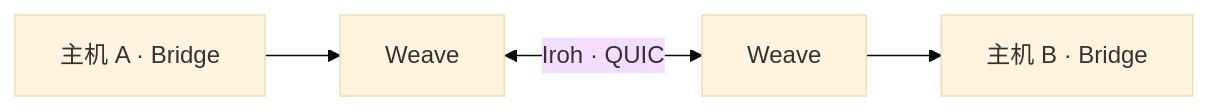
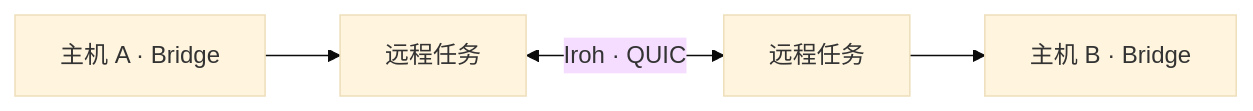
Before and after one commit to zddzhangdada/dsh-remote-task: the diagram in README.zh.md, drawn with Mermaid (base theme). The commit also changed other lines of this file and 13 other files, not shown here.

````diff
--- a/README.zh.md
+++ b/README.zh.md
@@ -59,6 +60,6 @@
 ```mermaid
 flowchart LR
-  A[主机 A · Bridge] --> WA[Weave]
-  WA <-->|Iroh · QUIC| WB[Weave]
+  A[主机 A · Bridge] --> WA[远程任务]
+  WA <-->|Iroh · QUIC| WB[远程任务]
   WB --> B[主机 B · Bridge]
 ```
````
